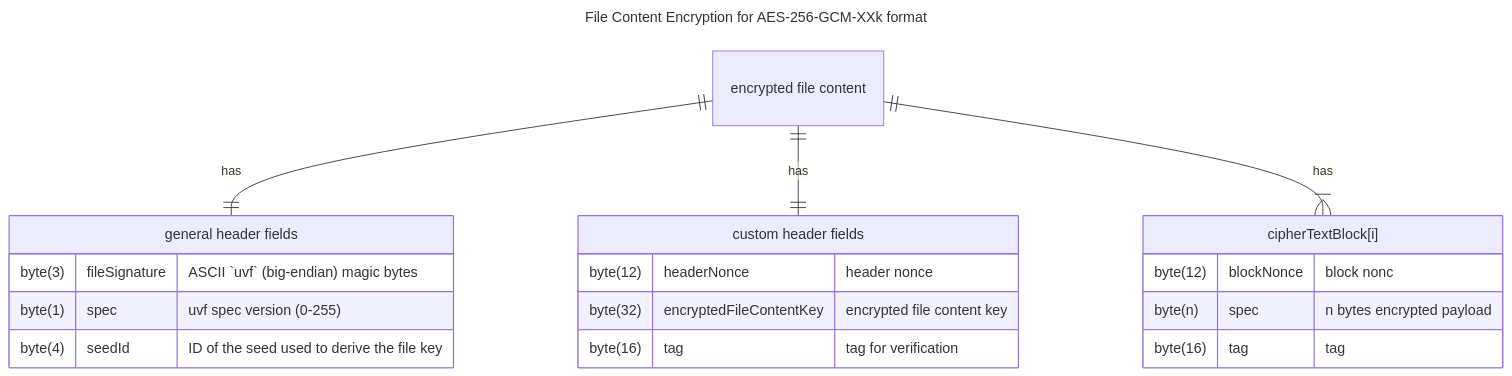
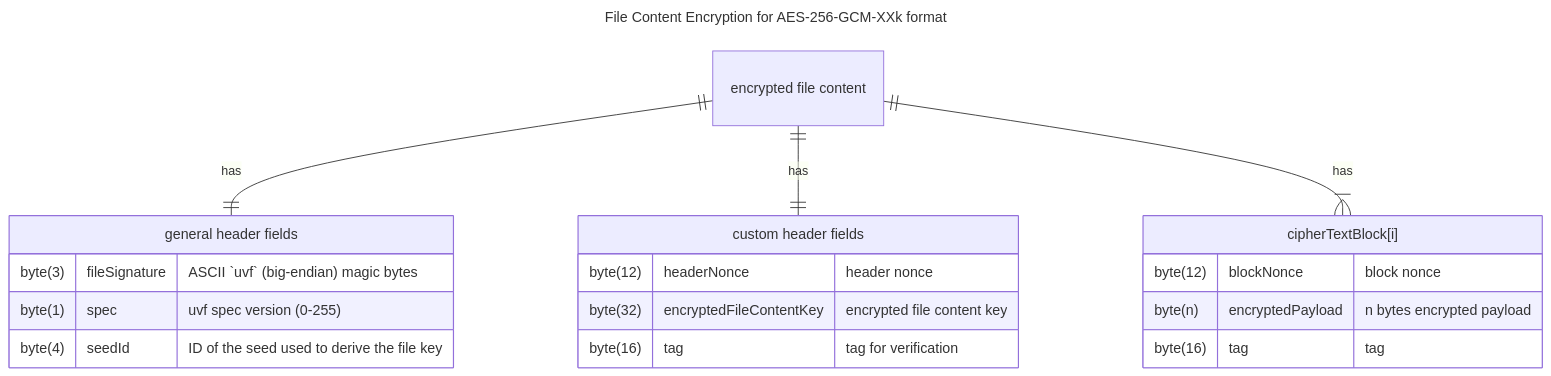
One commit to encryption-alliance/unified-vault-format changed the second of 2 diagrams in file content encryption/AES-256-GCM.md. Above: the diagram before and after it, drawn with Mermaid.

````diff
--- a/file content encryption/AES-256-GCM.md
+++ b/file content encryption/AES-256-GCM.md
@@ -66,28 +66,28 @@
 ```mermaid
 ---
 title: File Content Encryption for AES-256-GCM-XXk format
 ---
 erDiagram
     ENCRYPTEDFILECONTENT ||--|| GENERALHEADERFIELDS: has
     ENCRYPTEDFILECONTENT ||--|| CUSTOMHEADERFIELDS: has
     ENCRYPTEDFILECONTENT ||--|{ CIPHERTEXTBLOCK: "has"
     ENCRYPTEDFILECONTENT["encrypted file content"]
 
     GENERALHEADERFIELDS["general header fields"] {
         byte(3) fileSignature "ASCII `uvf` (big-endian) magic bytes"
         byte(1) spec "uvf spec version (0-255)"
         byte(4) seedId "ID of the seed used to derive the file key"
     }
 
     CUSTOMHEADERFIELDS["custom header fields"] {
         byte(12) headerNonce "header nonce"
         byte(32) encryptedFileContentKey "encrypted file content key"
         byte(16) tag "tag for verification"
     }
 
     CIPHERTEXTBLOCK["cipherTextBlock[i]"] {
-        byte(12) blockNonce "block nonc"
-        byte(n) spec "n bytes encrypted payload"
+        byte(12) blockNonce "block nonce"
+        byte(n) encryptedPayload "n bytes encrypted payload"
         byte(16) tag "tag"
     }
 ```
````
